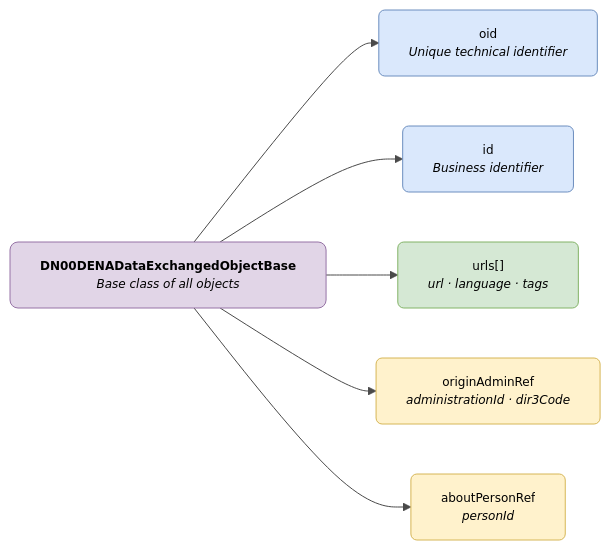
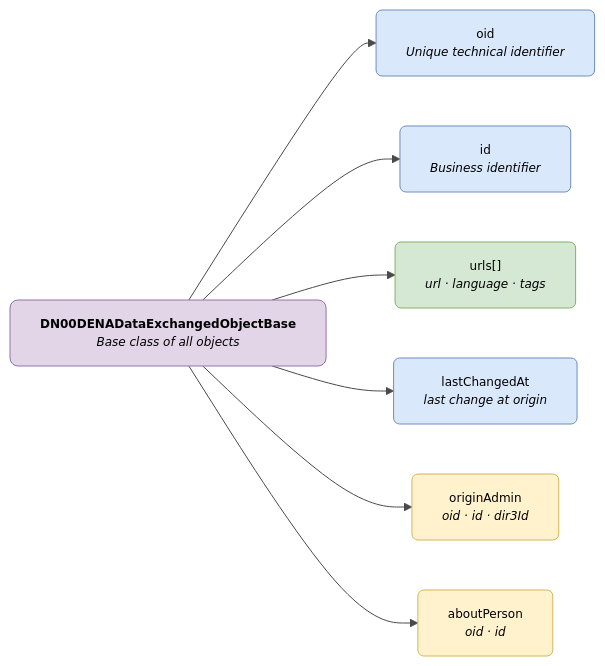
Before and after one commit to DENA-Euskadi/dena-euskadi.github.io: the diagram in docs/semantica/data-retrieve/data/campos-comunes.en.md, drawn with Mermaid. The commit also changed other lines of this file and 117 other files, not shown here.

````diff
--- a/docs/semantica/data-retrieve/data/campos-comunes.en.md
+++ b/docs/semantica/data-retrieve/data/campos-comunes.en.md
@@ -12,27 +12,29 @@
 ```mermaid
 ---
 config:
   theme: base
   themeVariables:
     primaryColor: "#FFFFFF"
     primaryTextColor: "#000000"
     primaryBorderColor: "#CCCCCC"
     lineColor: "#4A4A4A"
     fontSize: "12px"
 ---
 flowchart LR
     BASE["<b>DN00DENADataExchangedObjectBase</b><br/><i>Base class of all objects</i>"]
 
     BASE --> OID["oid<br/><i>Unique technical identifier</i>"]
     BASE --> ID["id<br/><i>Business identifier</i>"]
     BASE --> URLS["urls[]<br/><i>url · language · tags</i>"]
-    BASE --> ADMIN["originAdminRef<br/><i>administrationId · dir3Code</i>"]
-    BASE --> PERSON["aboutPersonRef<br/><i>personId</i>"]
+    BASE --> CHANGED["lastChangedAt<br/><i>last change at origin</i>"]
+    BASE --> ADMIN["originAdmin<br/><i>oid · id · dir3Id</i>"]
+    BASE --> PERSON["aboutPerson<br/><i>oid · id</i>"]
 
     style BASE fill:#e1d5e7,stroke:#9673a6,color:#000000,rx:8,ry:8
     style OID fill:#dae8fc,stroke:#6c8ebf,color:#000000,rx:6,ry:6
     style ID fill:#dae8fc,stroke:#6c8ebf,color:#000000,rx:6,ry:6
     style URLS fill:#d5e8d4,stroke:#82b366,color:#000000,rx:6,ry:6
+    style CHANGED fill:#dae8fc,stroke:#6c8ebf,color:#000000,rx:6,ry:6
     style ADMIN fill:#fff2cc,stroke:#d6b656,color:#000000,rx:6,ry:6
     style PERSON fill:#fff2cc,stroke:#d6b656,color:#000000,rx:6,ry:6
 ```
````
